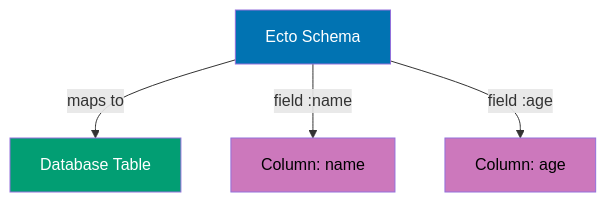
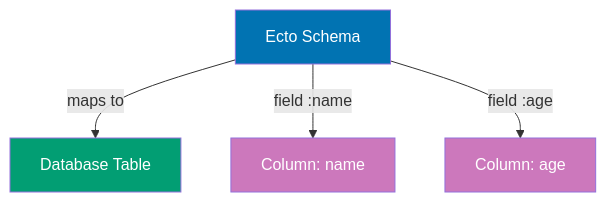
Before and after one commit to wahidyankf/open-sharia-enterprise: the first of 10 diagrams in apps/ayokoding-web/content/en/learn/software-engineering/data/tools/elixir-ecto/by-example/beginner.md, drawn with Mermaid. The commit also changed other lines of this file and 61 other files, not shown here.

First line of the commit message:
fix(ayokoding-web): quote Mermaid node labels with special characters in Example 63

````diff
--- a/apps/ayokoding-web/content/en/learn/software-engineering/data/tools/elixir-ecto/by-example/beginner.md
+++ b/apps/ayokoding-web/content/en/learn/software-engineering/data/tools/elixir-ecto/by-example/beginner.md
@@ -24,13 +24,13 @@
 ```mermaid
 %% Color Palette: Blue #0173B2, Orange #DE8F05, Teal #029E73, Purple #CC78BC, Brown #CA9161
 %%  Schema to Table Mapping
 graph TD
     A[Ecto Schema] -->|maps to| B[Database Table]
     A -->|field :name| C[Column: name]
     A -->|field :age| D[Column: age]
 
     style A fill:#0173B2,color:#fff
     style B fill:#029E73,color:#fff
-    style C fill:#CC78BC,color:#000
-    style D fill:#CC78BC,color:#000
+    style C fill:#CC78BC,color:#fff
+    style D fill:#CC78BC,color:#fff
 ```
````
